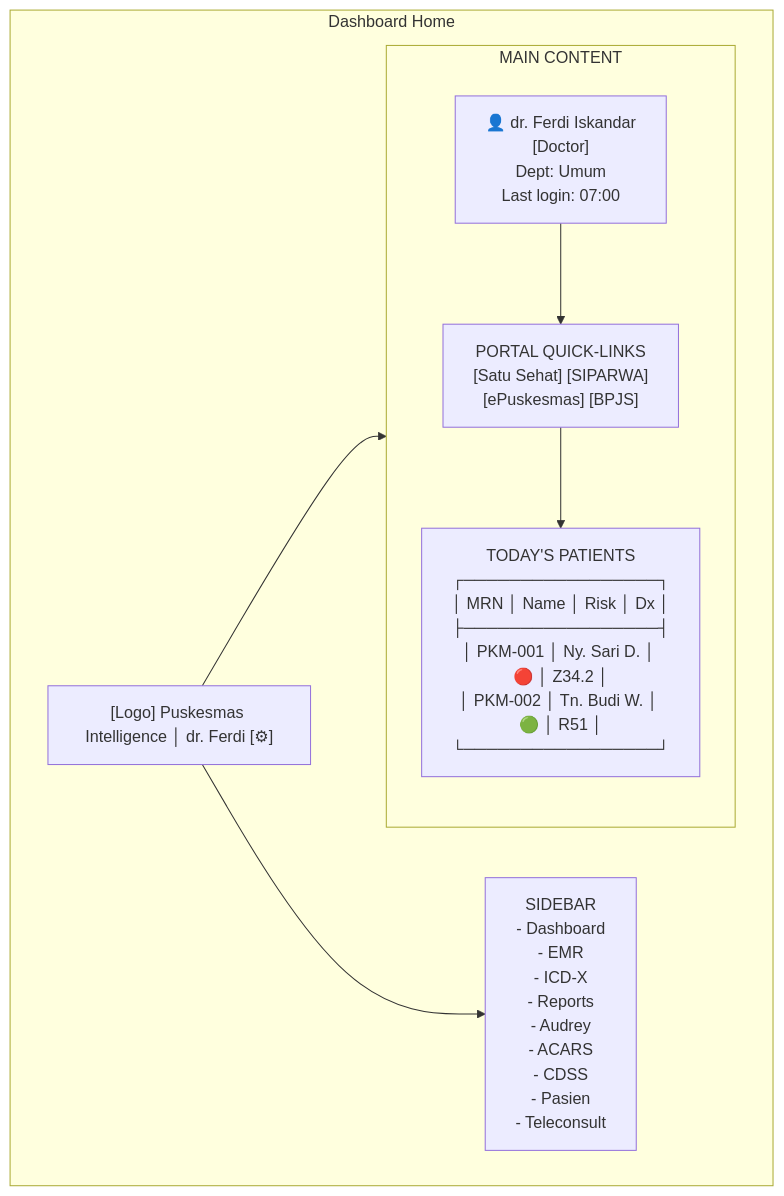
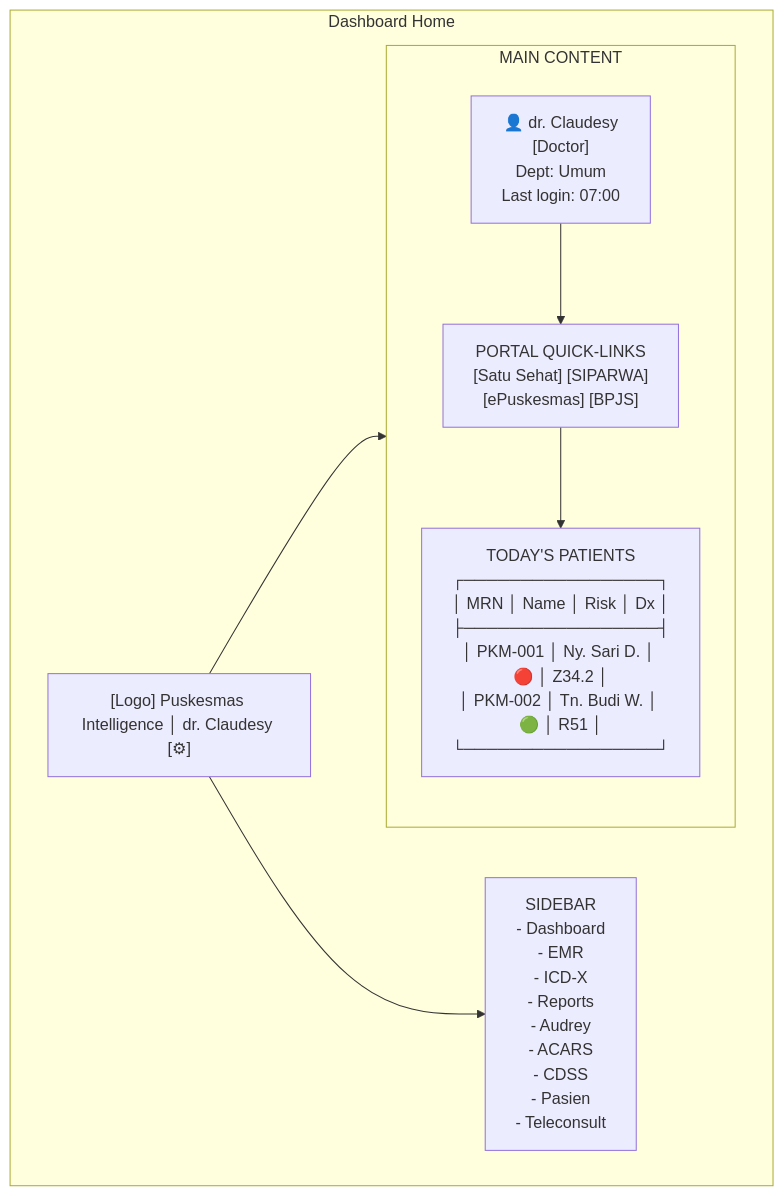
The tenth of 12 diagrams in README.md (Avvicenna/intelligenceboard), drawn with Mermaid before and after one commit. The commit also changed other lines of this file, not shown here.

First line of the commit message:
Update doctor profile and add license section

````diff
--- a/README.md
+++ b/README.md
@@ -1034,22 +1034,22 @@
 ```mermaid
 flowchart TB
     subgraph dashboard["Dashboard Home"]
         direction LR
         sidebar["SIDEBAR<br/>-  Dashboard<br/>-  EMR<br/>-  ICD-X<br/>-  Reports<br/>-  Audrey<br/>-  ACARS<br/>-  CDSS<br/>-  Pasien<br/>-  Teleconsult"]
         
         subgraph main_content["MAIN CONTENT"]
-            profile["👤 dr. Ferdi Iskandar<br/>[Doctor]<br/>Dept: Umum<br/>Last login: 07:00"]
+            profile["👤 dr. Claudesy<br/>[Doctor]<br/>Dept: Umum<br/>Last login: 07:00"]
             
             portals["PORTAL QUICK-LINKS<br/>[Satu Sehat] [SIPARWA]<br/>[ePuskesmas] [BPJS]"]
             
             patients["TODAY'S PATIENTS<br/>┌─────────────────┐<br/>│ MRN │ Name │ Risk │ Dx │<br/>├─────────────────┤<br/>│ PKM-001 │ Ny. Sari D. │ 🔴 │ Z34.2 │<br/>│ PKM-002 │ Tn. Budi W. │ 🟢 │ R51 │<br/>└─────────────────┘"]
         end
         
-        header["[Logo] Puskesmas Intelligence │ dr. Ferdi [⚙]"]
+        header["[Logo] Puskesmas Intelligence │ dr. Claudesy [⚙]"]
     end
     
     header --> sidebar
     header --> main_content
     profile --> portals
     portals --> patients
 ```
````
